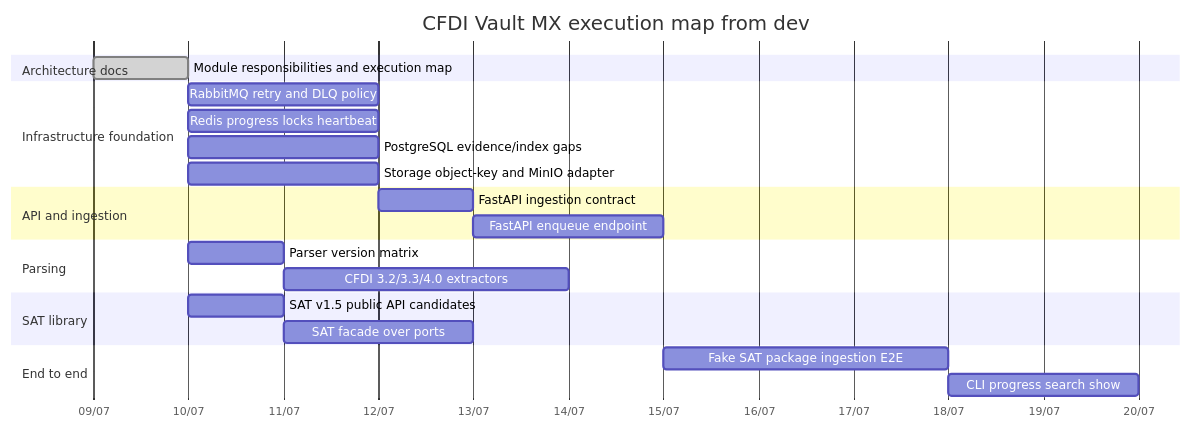
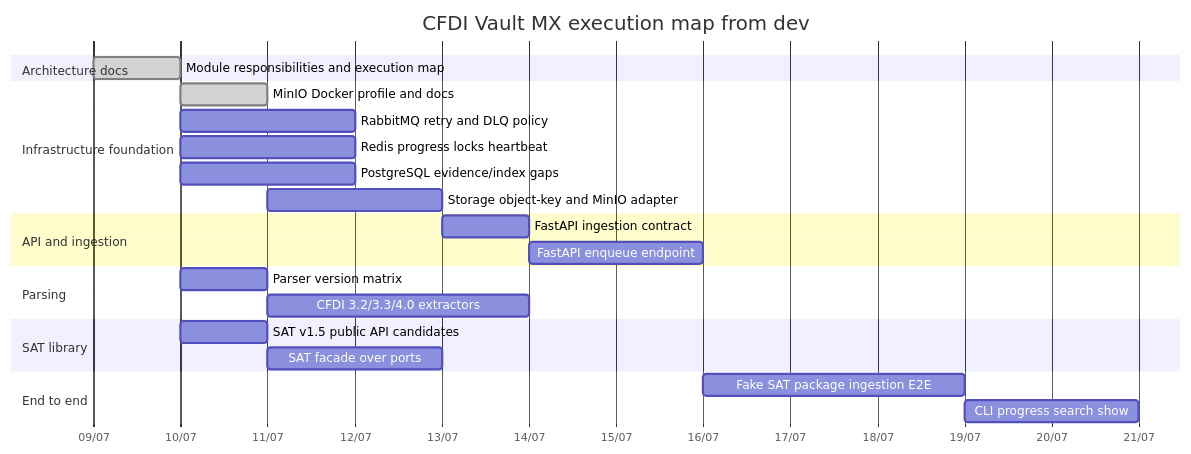
The diagram in docs/planning/architecture-execution-plan.md (Crls8a/cfdi-vault-mx), drawn with Mermaid before and after one commit. The commit also changed other lines of this file and 9 other files, not shown here.

Commit message:
chore(infra): add optional minio storage profile

````diff
--- a/docs/planning/architecture-execution-plan.md
+++ b/docs/planning/architecture-execution-plan.md
@@ -24,31 +24,32 @@
 ```mermaid
 gantt
     title CFDI Vault MX execution map from dev
     dateFormat  YYYY-MM-DD
     axisFormat  %d/%m
 
     section Architecture docs
     Module responsibilities and execution map :done, docs-map, 2026-07-09, 1d
 
     section Infrastructure foundation
+    MinIO Docker profile and docs        :done, minio-profile, after docs-map, 1d
     RabbitMQ retry and DLQ policy        :queue, after docs-map, 2d
     Redis progress locks heartbeat       :redis, after docs-map, 2d
     PostgreSQL evidence/index gaps       :db, after docs-map, 2d
-    Storage object-key and MinIO adapter :storage, after docs-map, 2d
+    Storage object-key and MinIO adapter :storage, after minio-profile, 2d
 
     section API and ingestion
     FastAPI ingestion contract           :api-contract, after storage, 1d
     FastAPI enqueue endpoint             :api-impl, after api-contract, 2d
 
     section Parsing
     Parser version matrix                :parser-plan, after docs-map, 1d
     CFDI 3.2/3.3/4.0 extractors          :parser-impl, after parser-plan, 3d
 
     section SAT library
     SAT v1.5 public API candidates       :lib-plan, after docs-map, 1d
     SAT facade over ports                :lib-facade, after lib-plan, 2d
 
     section End to end
     Fake SAT package ingestion E2E       :e2e, after queue redis db api-impl parser-impl, 3d
     CLI progress search show             :cli, after e2e, 2d
 ```
````
